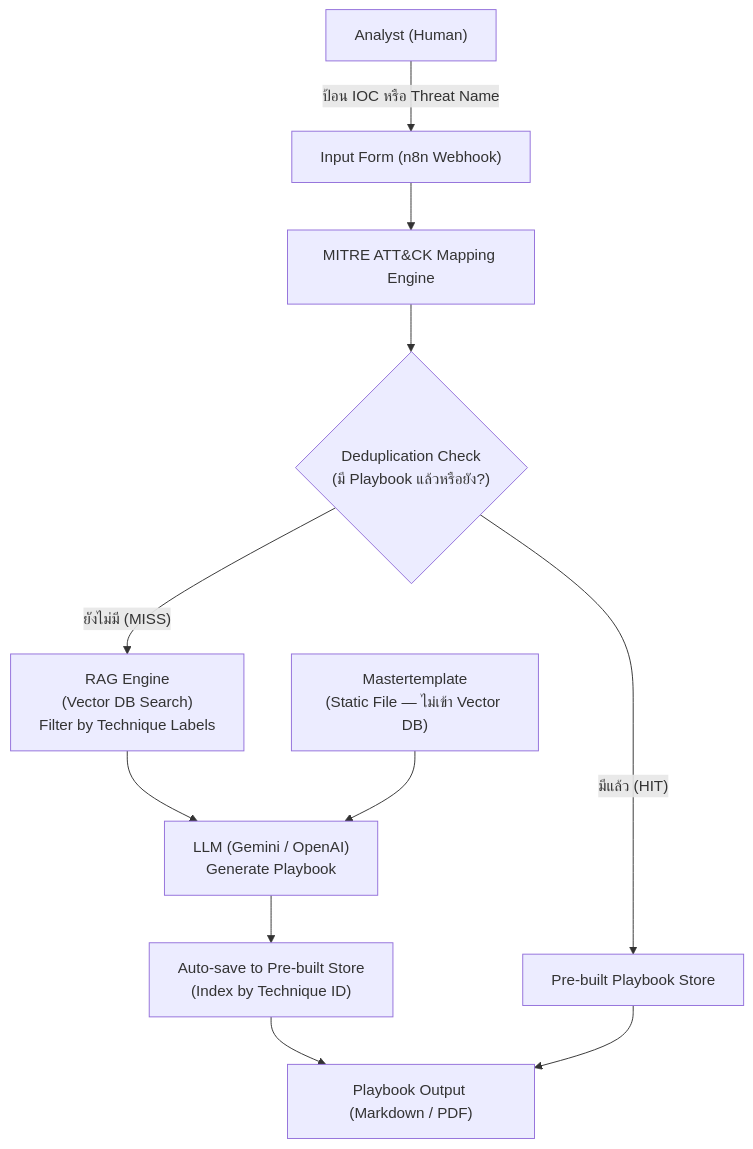
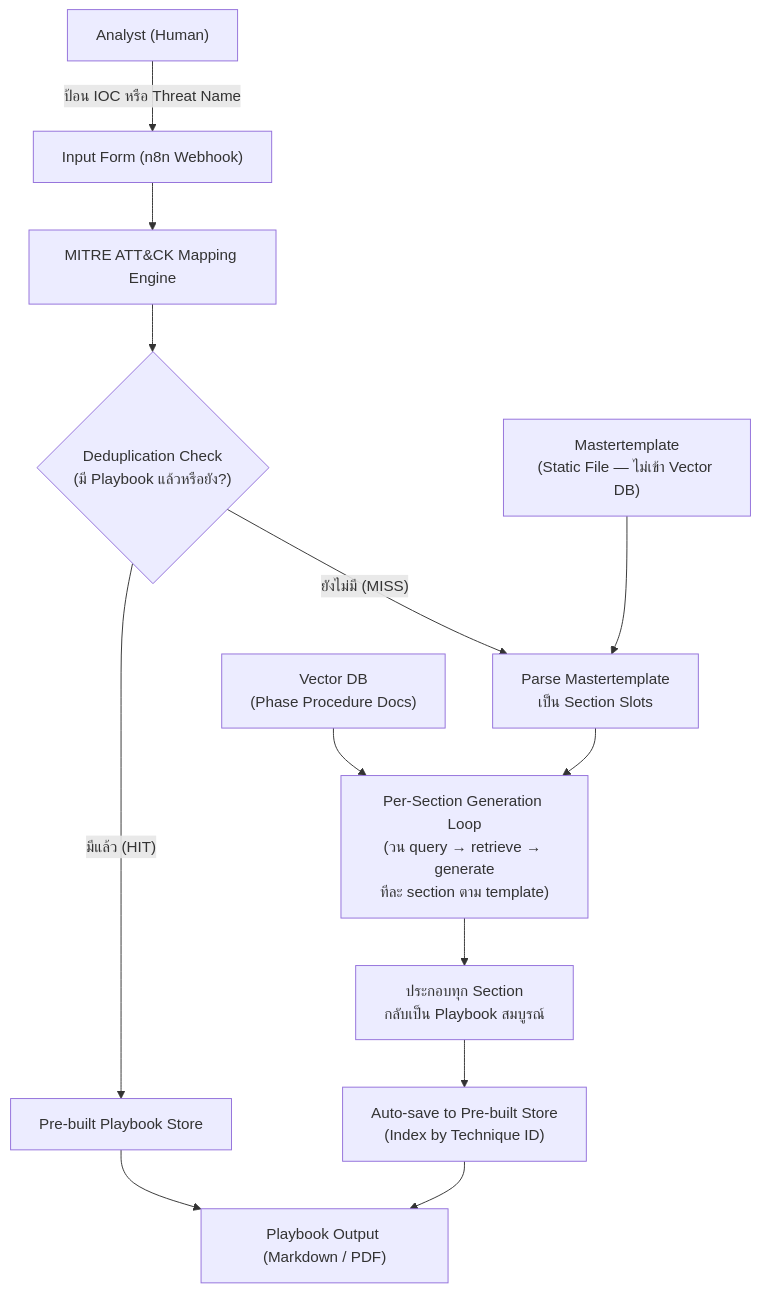
The first of 10 diagrams in architecture.md (Chaithawatcer/omnissiah-playbook-workflow), drawn with Mermaid before and after one commit. The commit also changed other lines of this file, not shown here.

Commit message:
Major architecture overhaul: Per-Section Generation Loop, Slot Architecture, Metadata-filtered RAG, Development Roadmap

````diff
--- a/architecture.md
+++ b/architecture.md
@@ -15,13 +15,15 @@
 ```mermaid
 graph TD
     user["Analyst (Human)"] -- "ป้อน IOC หรือ Threat Name" --> input["Input Form (n8n Webhook)"]
     input --> mapper["MITRE ATT&CK Mapping Engine"]
     mapper --> dedup{"Deduplication Check\n(มี Playbook แล้วหรือยัง?)"}
     dedup -- "มีแล้ว (HIT)" --> prebuilt["Pre-built Playbook Store"]
-    dedup -- "ยังไม่มี (MISS)" --> rag["RAG Engine\n(Vector DB Search)\nFilter by Technique Labels"]
-    rag --> llm["LLM (Gemini / OpenAI)\nGenerate Playbook"]
-    mastertemplate["Mastertemplate\n(Static File — ไม่เข้า Vector DB)"] --> llm
-    llm --> save["Auto-save to Pre-built Store\n(Index by Technique ID)"]
+    dedup -- "ยังไม่มี (MISS)" --> parse["Parse Mastertemplate\nเป็น Section Slots"]
+    parse --> loop["Per-Section Generation Loop\n(วน query → retrieve → generate\nทีละ section ตาม template)"]
+    mastertemplate["Mastertemplate\n(Static File — ไม่เข้า Vector DB)"] --> parse
+    vdb["Vector DB\n(Phase Procedure Docs)"] --> loop
+    loop --> assemble["ประกอบทุก Section\nกลับเป็น Playbook สมบูรณ์"]
+    assemble --> save["Auto-save to Pre-built Store\n(Index by Technique ID)"]
     save --> output["Playbook Output (Markdown / PDF)"]
     prebuilt --> output
 ```
````
